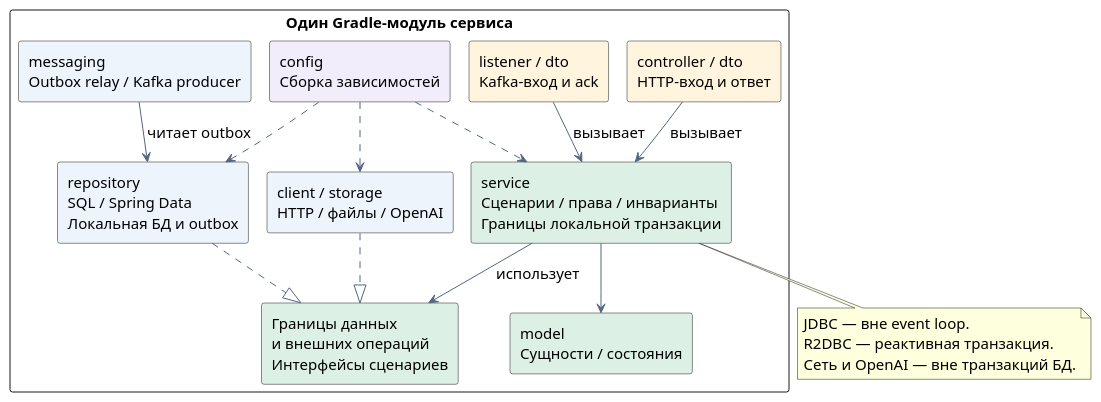
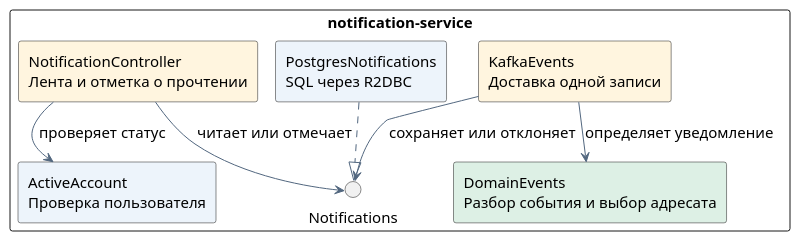
One commit to SimeonGor/clothes-advisor changed the diagram in docs/lab4/diagrams/layers.puml. Above: the diagram before and after it, drawn with PlantUML. The commit also changed 4 other files, not shown here.

```diff
--- a/docs/lab4/diagrams/layers.puml
+++ b/docs/lab4/diagrams/layers.puml
@@ -1,37 +1,24 @@
 @startuml layers
 !pragma layout smetana
 skinparam backgroundColor #FFFFFF
 skinparam defaultFontName SansSerif
 skinparam defaultFontSize 15
 skinparam shadowing false
 skinparam componentStyle rectangle
 skinparam nodesep 40
 skinparam ranksep 50
 skinparam ArrowColor #52677F
-rectangle "Один Gradle-модуль сервиса" {
-  component "controller / dto\nHTTP-вход и ответ" as http #FFF5DF
-  component "listener / dto\nKafka-вход и ack" as listener #FFF5DF
-  component "service\nСценарии / права / инварианты\nГраницы локальной транзакции" as service #DDF0E5
-  component "model\nСущности / состояния" as model #DDF0E5
-  rectangle "Границы данных\nи внешних операций\nИнтерфейсы сценариев" as ports #DDF0E5
-  component "repository\nSQL / Spring Data\nЛокальная БД и outbox" as repo #EDF4FB
-  component "client / storage\nHTTP / файлы / OpenAI" as client #EDF4FB
-  component "messaging\nOutbox relay / Kafka producer" as relay #EDF4FB
-  component "config\nСборка зависимостей" as config #F2EDFB
+rectangle "notification-service" {
+  component "NotificationController\nЛента и отметка о прочтении" as http #FFF5DF
+  component "KafkaEvents\nДоставка одной записи" as listener #FFF5DF
+  component "ActiveAccount\nПроверка пользователя" as account #EDF4FB
+  component "DomainEvents\nРазбор события и выбор адресата" as events #DDF0E5
+  interface "Notifications" as storage
+  component "PostgresNotifications\nSQL через R2DBC" as repo #EDF4FB
 }
-http --> service : вызывает
-listener --> service : вызывает
-service --> model
-service --> ports : использует
-repo ..|> ports
-client ..|> ports
-relay --> repo : читает outbox
-config ..> service
-config ..> repo
-config ..> client
-note bottom of service
-  JDBC — вне event loop.
-  R2DBC — реактивная транзакция.
-  Сеть и OpenAI — вне транзакций БД.
-end note
+http --> account : проверяет статус
+http --> storage : читает или отмечает
+listener --> events : определяет уведомление
+listener --> storage : сохраняет или отклоняет
+repo ..|> storage
 @enduml
```
